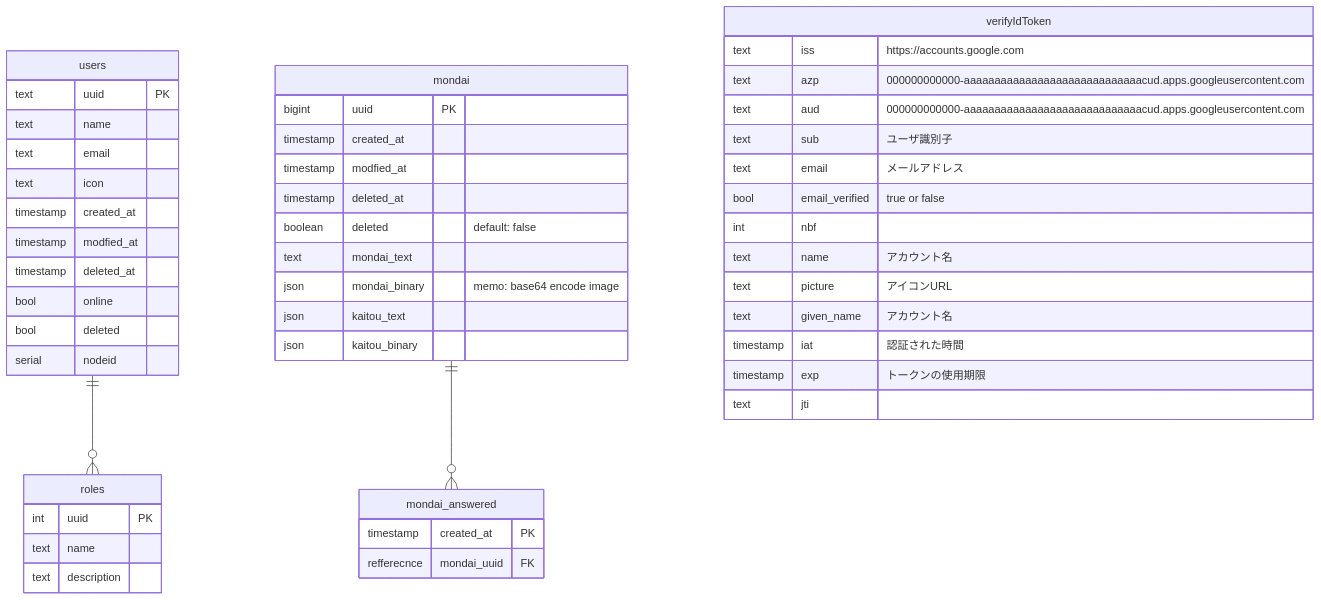
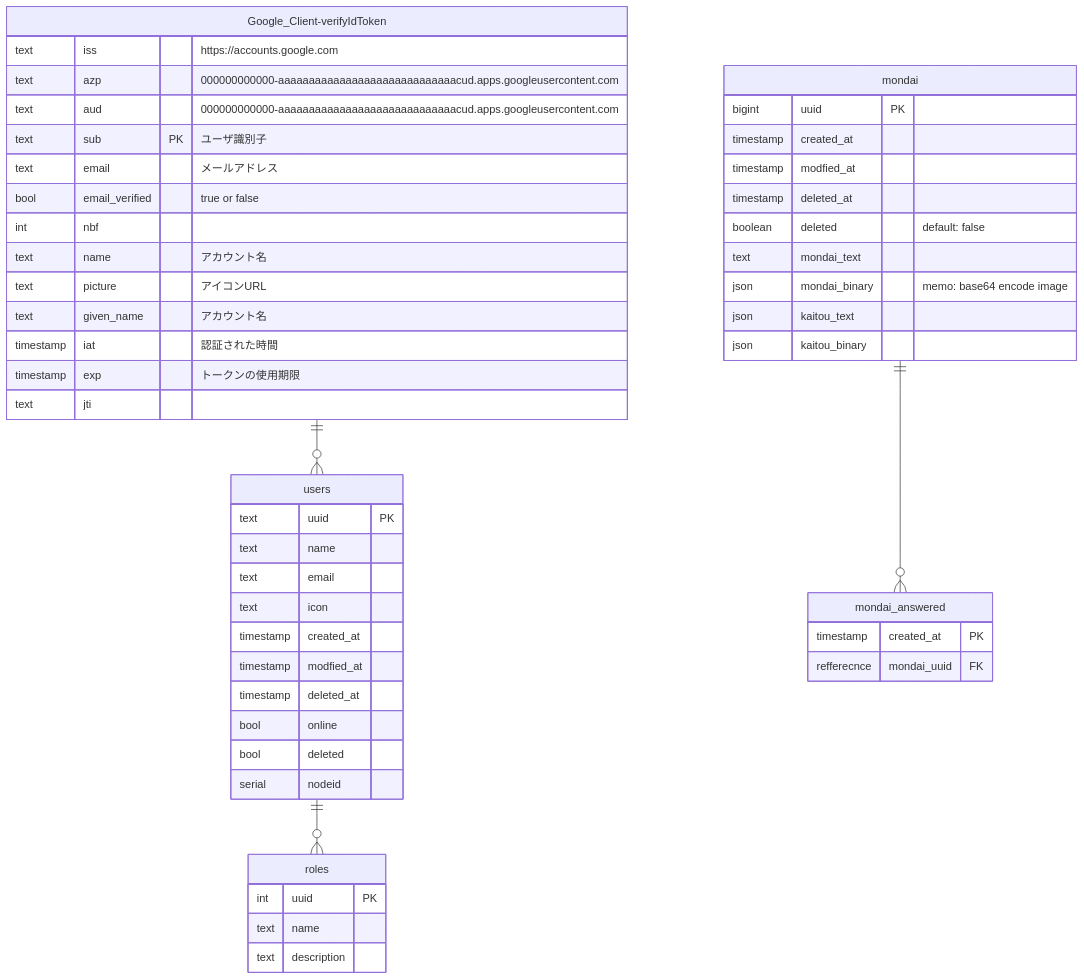
One commit to n138-kz/denkou-kakomon-dotcom changed the diagram in README.md. Above: the diagram before and after it, drawn with Mermaid.

````diff
--- a/README.md
+++ b/README.md
@@ -26,57 +26,58 @@
 ```mermaid
 erDiagram
+Google_Client-verifyIdToken ||--o{ users: ""
 users ||--o{ roles: "" 
 mondai ||--o{ mondai_answered: "" 
 
-verifyIdToken {
+Google_Client-verifyIdToken {
     text iss "https://accounts.google.com"
     text azp "000000000000-aaaaaaaaaaaaaaaaaaaaaaaaaaaaacud.apps.googleusercontent.com"
     text aud "000000000000-aaaaaaaaaaaaaaaaaaaaaaaaaaaaacud.apps.googleusercontent.com"
-    text sub "ユーザ識別子"
+    text sub PK "ユーザ識別子"
     text email "メールアドレス"
     bool email_verified "true or false"
     int nbf
     text name "アカウント名"
     text picture "アイコンURL"
     text given_name "アカウント名"
     timestamp iat "認証された時間"
     timestamp exp "トークンの使用期限"
     text jti
 }
 
 users {
     text uuid PK
     text name
     text email
     text icon
     timestamp created_at
     timestamp modfied_at
     timestamp deleted_at
     bool online
     bool deleted 
     serial nodeid
 }
 
 roles {
     int uuid PK
     text name
     text description
 }
 
 mondai {
     bigint uuid PK
     timestamp created_at
     timestamp modfied_at
     timestamp deleted_at
     boolean deleted "default: false"
     text mondai_text
     json mondai_binary "memo: base64 encode image"
     json kaitou_text
     json kaitou_binary
 }
 
 mondai_answered {
     timestamp created_at PK
     refferecnce mondai_uuid FK
 }
 ```
````
